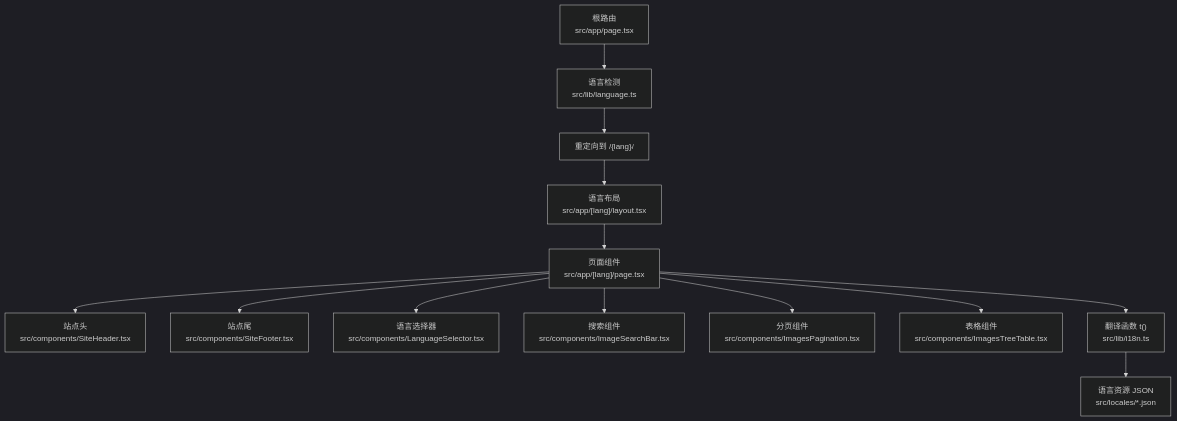
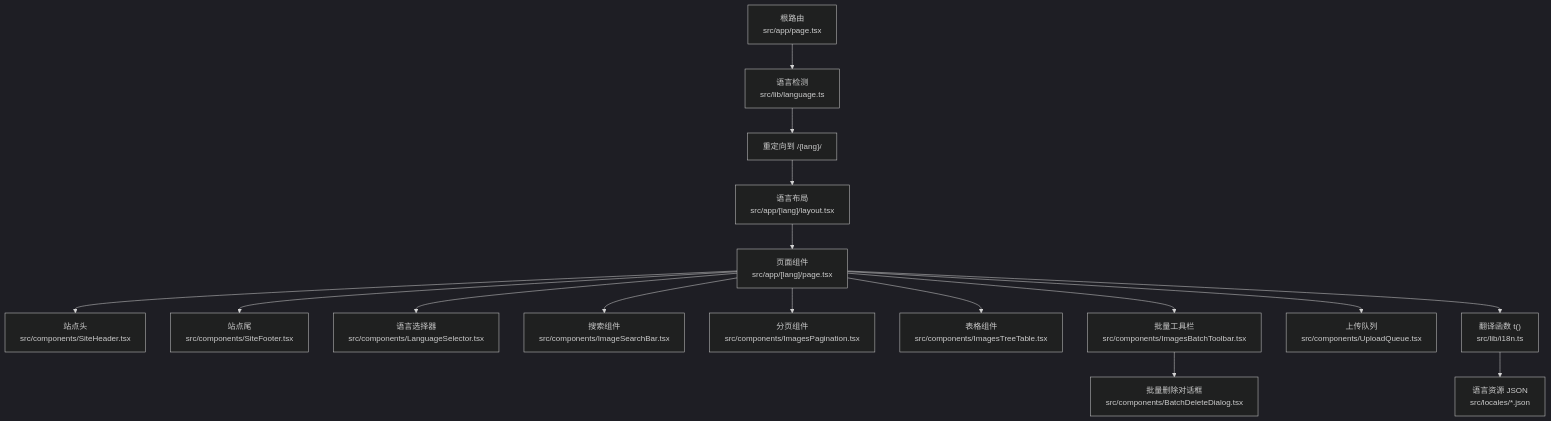
Before and after one commit to pnnh/weable: the first of 5 diagrams in .qoder/repowiki/zh/content/功能特性/国际化支持.md, drawn with Mermaid (dark theme). The commit also changed other lines of this file and 133 other files, not shown here.

Commit message:
实现基于浏览器自带AI识别图片内容功能

````diff
--- a/.qoder/repowiki/zh/content/功能特性/国际化支持.md
+++ b/.qoder/repowiki/zh/content/功能特性/国际化支持.md
@@ -55,15 +60,18 @@
 ```mermaid
 graph TB
 Root["根路由<br/>src/app/page.tsx"] --> Detect["语言检测<br/>src/lib/language.ts"]
 Detect --> Redirect["重定向到 /{lang}/"]
 Redirect --> LangLayout["语言布局<br/>src/app/[lang]/layout.tsx"]
 LangLayout --> Pages["页面组件<br/>src/app/[lang]/page.tsx"]
 Pages --> Header["站点头<br/>src/components/SiteHeader.tsx"]
 Pages --> Footer["站点尾<br/>src/components/SiteFooter.tsx"]
 Pages --> Selector["语言选择器<br/>src/components/LanguageSelector.tsx"]
 Pages --> Search["搜索组件<br/>src/components/ImageSearchBar.tsx"]
 Pages --> Pagination["分页组件<br/>src/components/ImagesPagination.tsx"]
 Pages --> Table["表格组件<br/>src/components/ImagesTreeTable.tsx"]
+Pages --> BatchToolbar["批量工具栏<br/>src/components/ImagesBatchToolbar.tsx"]
+Pages --> UploadQueue["上传队列<br/>src/components/UploadQueue.tsx"]
+BatchToolbar --> BatchDelete["批量删除对话框<br/>src/components/BatchDeleteDialog.tsx"]
 Pages --> I18N["翻译函数 t()<br/>src/lib/i18n.ts"]
 I18N --> Locales["语言资源 JSON<br/>src/locales/*.json"]
 ```
````
